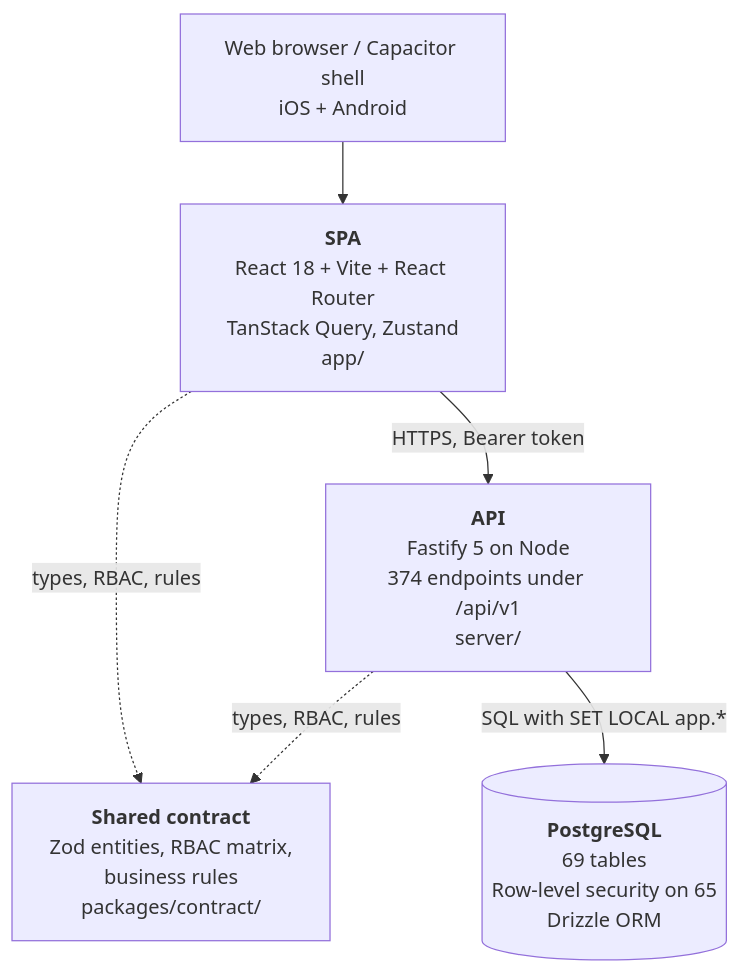
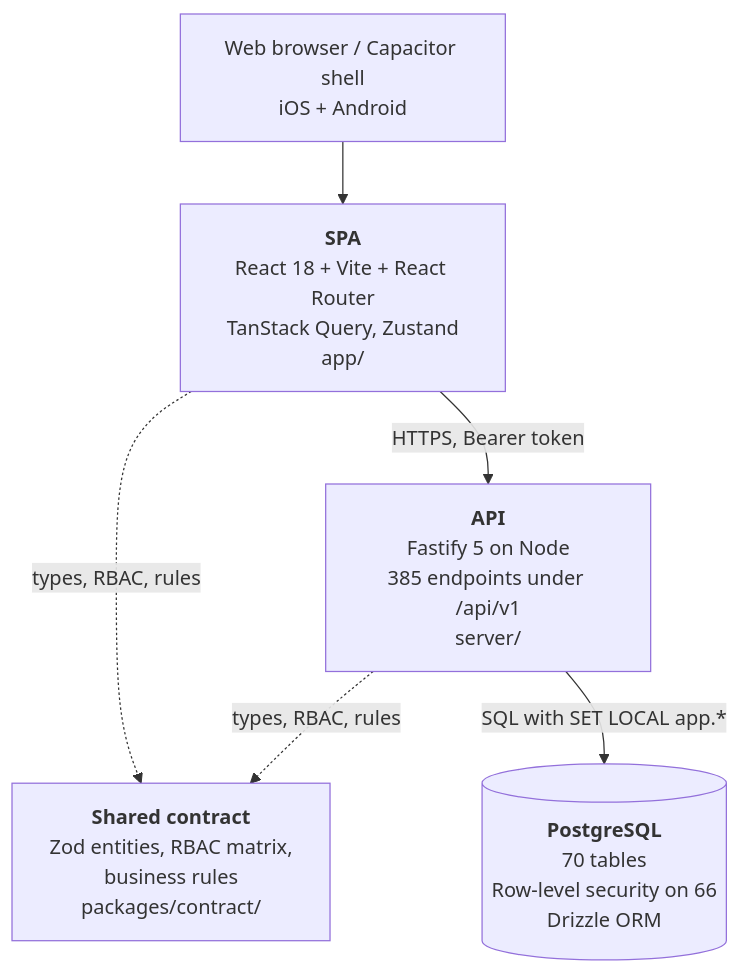
Before and after one commit to tazamohd/SlClNe: the second of 4 diagrams in docs/15_C4_ARCHITECTURE_DIAGRAMS/C4_MODEL.md, drawn with Mermaid. The commit also changed other lines of this file and 130 other files, not shown here.

````diff
--- a/docs/15_C4_ARCHITECTURE_DIAGRAMS/C4_MODEL.md
+++ b/docs/15_C4_ARCHITECTURE_DIAGRAMS/C4_MODEL.md
@@ -42,13 +42,13 @@
 ```mermaid
 flowchart TB
   browser["Web browser / Capacitor shell<br/>iOS + Android"]
   spa["<b>SPA</b><br/>React 18 + Vite + React Router<br/>TanStack Query, Zustand<br/>app/"]
-  api["<b>API</b><br/>Fastify 5 on Node<br/>374 endpoints under /api/v1<br/>server/"]
+  api["<b>API</b><br/>Fastify 5 on Node<br/>385 endpoints under /api/v1<br/>server/"]
   contract["<b>Shared contract</b><br/>Zod entities, RBAC matrix,<br/>business rules<br/>packages/contract/"]
-  db[("<b>PostgreSQL</b><br/>69 tables<br/>Row-level security on 65<br/>Drizzle ORM")]
+  db[("<b>PostgreSQL</b><br/>70 tables<br/>Row-level security on 66<br/>Drizzle ORM")]
   browser --> spa
   spa -->|"HTTPS, Bearer token"| api
   spa -.->|"types, RBAC, rules"| contract
   api -.->|"types, RBAC, rules"| contract
   api -->|"SQL with SET LOCAL app.*"| db
 ```
````
